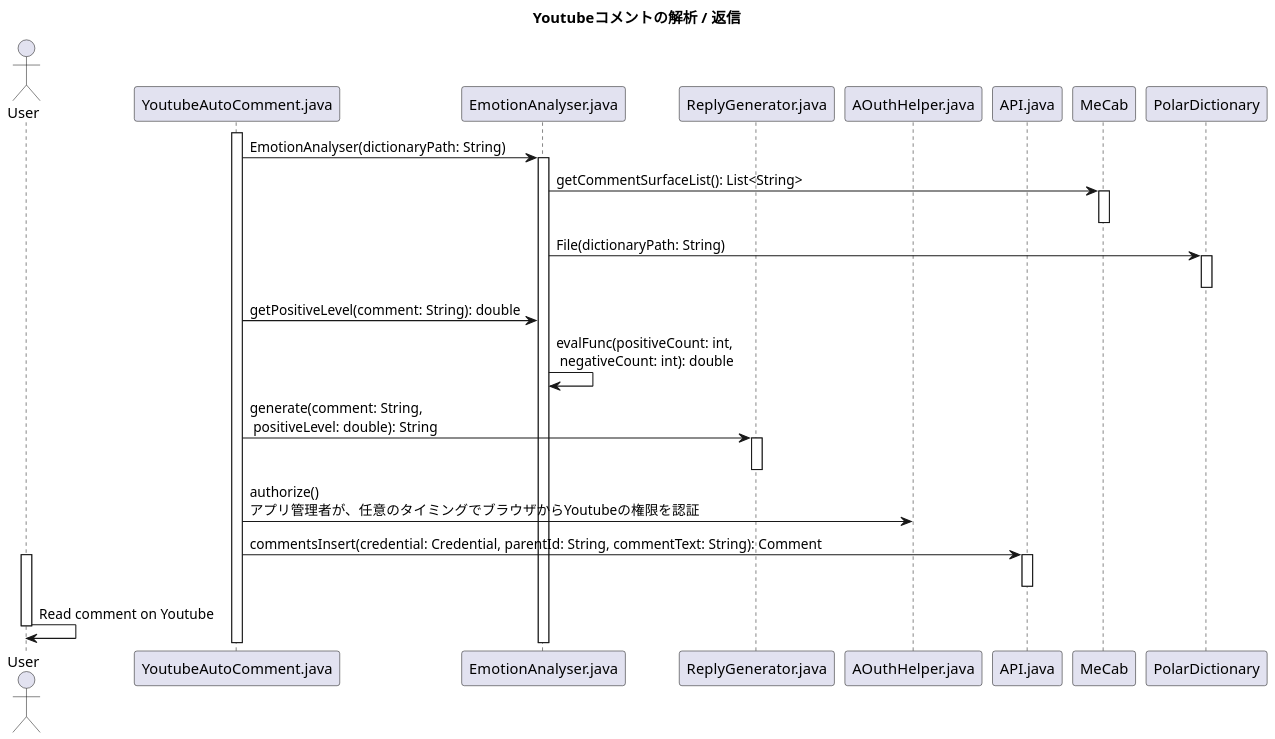
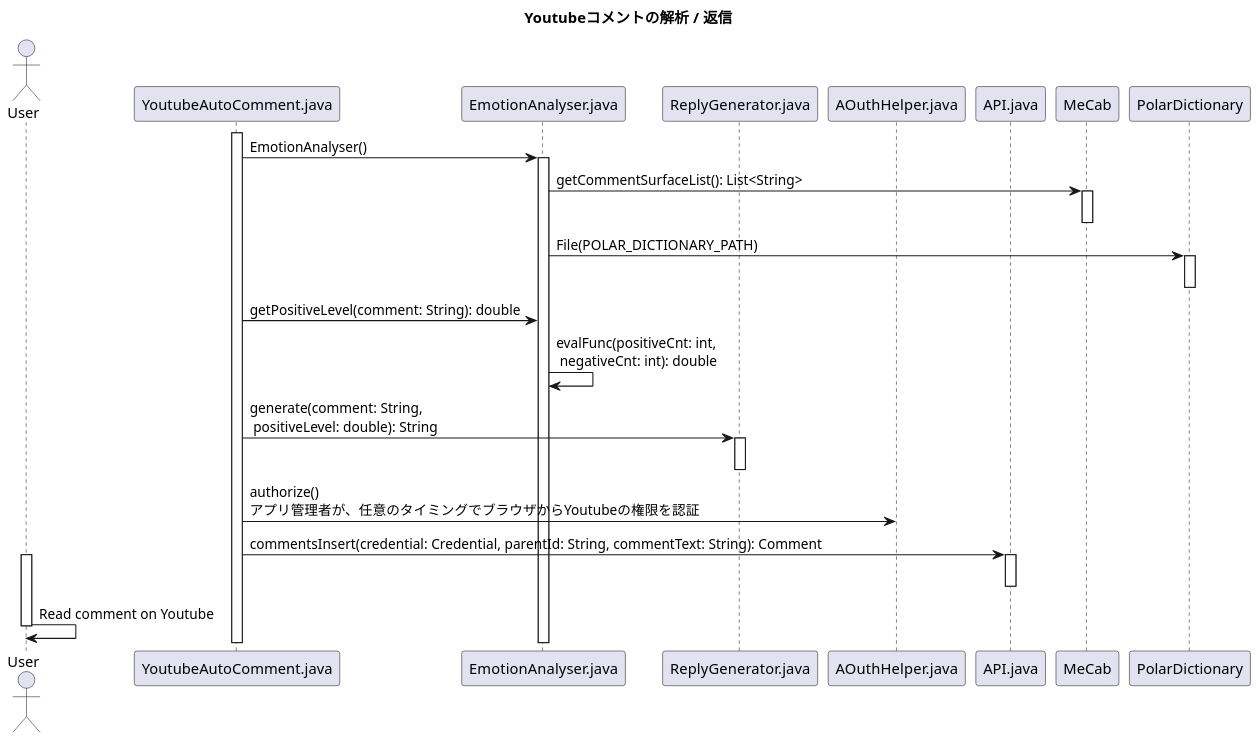
One commit to KataokaNagi/YoutubeAutoComment changed the diagram in uml/YoutubeAutoComment_SequenceDiagram_CommentAnalyser.pu. Above: the diagram before and after it, drawn with PlantUML. The commit also changed 1 other file, not shown here.

Commit message:
UMLs: Reflect my edit (analyser and analyser)

```diff
--- a/uml/YoutubeAutoComment_SequenceDiagram_CommentAnalyser.pu
+++ b/uml/YoutubeAutoComment_SequenceDiagram_CommentAnalyser.pu
@@ -13,69 +13,69 @@
 @startuml out/SequenceDiagram_CommentAnalyser.png
 scale 1.5
 skinparam DefaultFontName メイリオ
 ' 可視性の変更
 skinparam classAttributeIconSize 0
 
 ''''''''''''''''''''''''''''''''''''''''''''''''''
 
 title
 **Youtubeコメントの解析 / 返信**
 end title
 
 ''''''''''''''''''''''''''''''''''''''''''''''''''''''''''''''''''''''''''''''''
 
 actor User
 participant YoutubeAutoComment.java
 participant EmotionAnalyser.java
 participant ReplyGenerator.java
 participant AOuthHelper.java
 participant API.java
 participant MeCab
 participant PolarDictionary
 
 ''''''''''''''''''''''''''''''''''''''''''''''''''''''''''''''''''''''''''''''''
 activate YoutubeAutoComment.java
-YoutubeAutoComment.java -> EmotionAnalyser.java: EmotionAnalyser(dictionaryPath: String)
+YoutubeAutoComment.java -> EmotionAnalyser.java: EmotionAnalyser()
 activate EmotionAnalyser.java
 
 ''''''''''''''''''''''''''''''''''''''''''''''''''
 
 EmotionAnalyser.java -> MeCab: getCommentSurfaceList(): List<String> 
 ' EmotionAnalyser.java -> MeCab: exec(String: mecabCommand): Process
 activate MeCab
 deactivate MeCab
 
 ''''''''''''''''''''''''''''''''''''''''''''''''''
 
-EmotionAnalyser.java -> PolarDictionary: File(dictionaryPath: String)
+EmotionAnalyser.java -> PolarDictionary: File(POLAR_DICTIONARY_PATH)
 activate PolarDictionary
 deactivate PolarDictionary
 
 ''''''''''''''''''''''''''''''''''''''''''''''''''
 
 YoutubeAutoComment.java -> EmotionAnalyser.java: getPositiveLevel(comment: String): double
-EmotionAnalyser.java -> EmotionAnalyser.java: evalFunc(positiveCount: int,\n negativeCount: int): double
+EmotionAnalyser.java -> EmotionAnalyser.java: evalFunc(positiveCnt: int,\n negativeCnt: int): double
 
 ''''''''''''''''''''''''''''''''''''''''''''''''''
 
 YoutubeAutoComment.java -> ReplyGenerator.java: generate(comment: String,\n positiveLevel: double): String
 activate ReplyGenerator.java
 deactivate ReplyGenerator.java
 
 ''''''''''''''''''''''''''''''''''''''''''''''''''
 
 YoutubeAutoComment.java -> AOuthHelper.java: authorize()\nアプリ管理者が、任意のタイミングでブラウザからYoutubeの権限を認証
 
 ''''''''''''''''''''''''''''''''''''''''''''''''''
 
 YoutubeAutoComment.java -> API.java:  commentsInsert(credential: Credential, parentId: String, commentText: String): Comment
 activate API.java
 deactivate API.java
 
 ''''''''''''''''''''''''''''''''''''''''''''''''''
 
 activate User
 User -> User: Read comment on Youtube
 deactivate User
 
 @enduml
```
